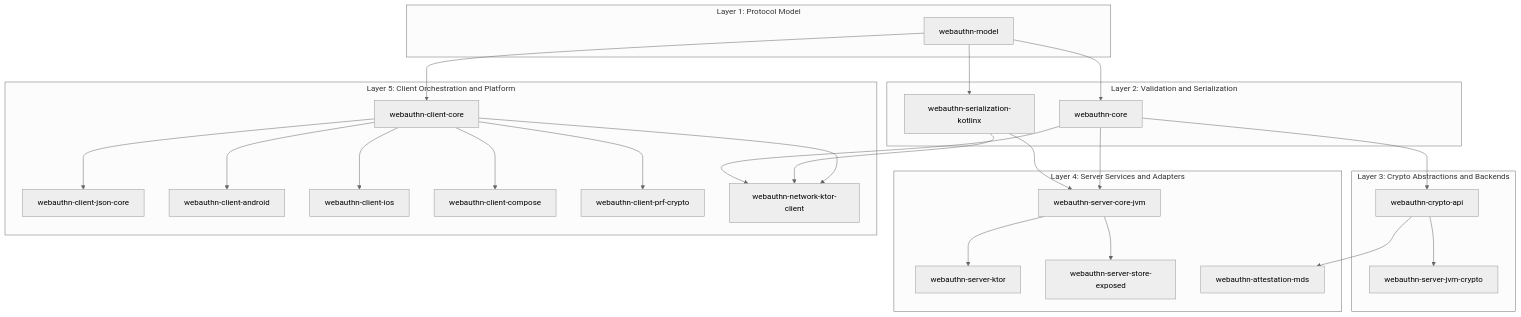
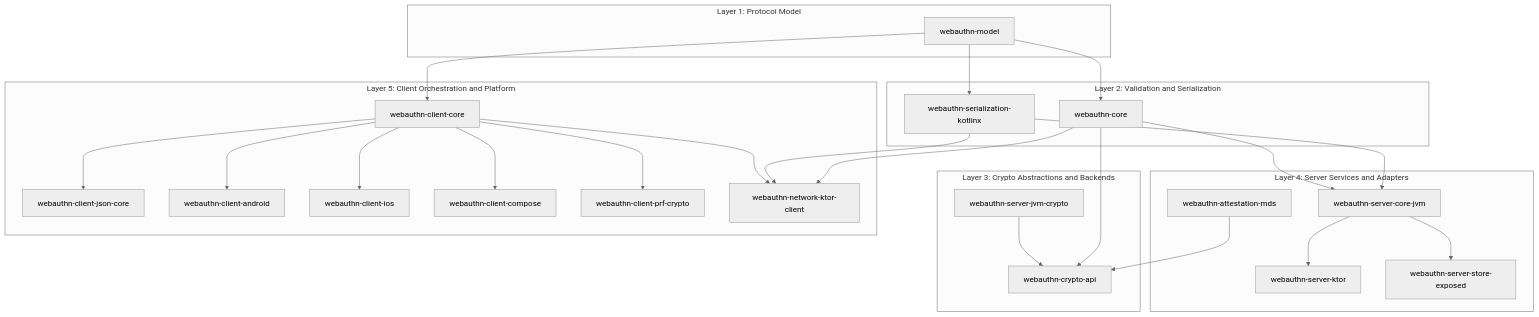
One commit to szijpeter/webauthn-kotlin-multiplatform changed the second of 2 diagrams in README.md. Above: the diagram before and after it, drawn with Mermaid (neutral theme). The commit also changed other lines of this file and 17 other files, not shown here.

Commit message:
Harden docs diagrams and trace governance

````diff
--- a/README.md
+++ b/README.md
@@ -76,53 +72,53 @@
 ```mermaid
 flowchart TB
     subgraph Layer1[Layer 1: Protocol Model]
         M[webauthn-model]
     end
 
     subgraph Layer2[Layer 2: Validation and Serialization]
         C[webauthn-core]
         S[webauthn-serialization-kotlinx]
     end
 
     subgraph Layer3[Layer 3: Crypto Abstractions and Backends]
         API[webauthn-crypto-api]
         JCRYPTO[webauthn-server-jvm-crypto]
     end
 
     subgraph Layer4[Layer 4: Server Services and Adapters]
         SVC[webauthn-server-core-jvm]
         KTOR[webauthn-server-ktor]
         STORE[webauthn-server-store-exposed]
         MDS[webauthn-attestation-mds]
     end
 
     subgraph Layer5[Layer 5: Client Orchestration and Platform]
         CCORE[webauthn-client-core]
         CJSON[webauthn-client-json-core]
         CANDROID[webauthn-client-android]
         CIOS[webauthn-client-ios]
         CCOMPOSE[webauthn-client-compose]
         CPRF[webauthn-client-prf-crypto]
         NET[webauthn-network-ktor-client]
     end
 
     M --> C
     M --> S
     C --> API
     S --> SVC
-    API --> JCRYPTO
+    JCRYPTO --> API
     C --> SVC
     SVC --> KTOR
     SVC --> STORE
-    API --> MDS
+    MDS --> API
 
     M --> CCORE
     CCORE --> CJSON
     CCORE --> CANDROID
     CCORE --> CIOS
     CCORE --> CCOMPOSE
     CCORE --> CPRF
     C --> NET
     S --> NET
     CCORE --> NET
 ```
````
